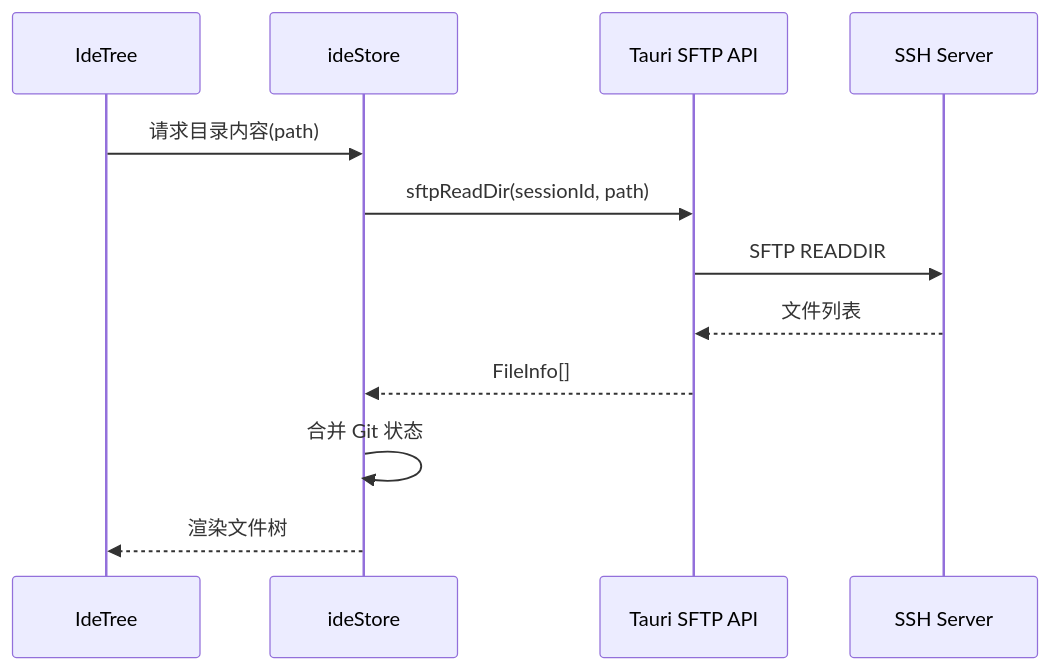
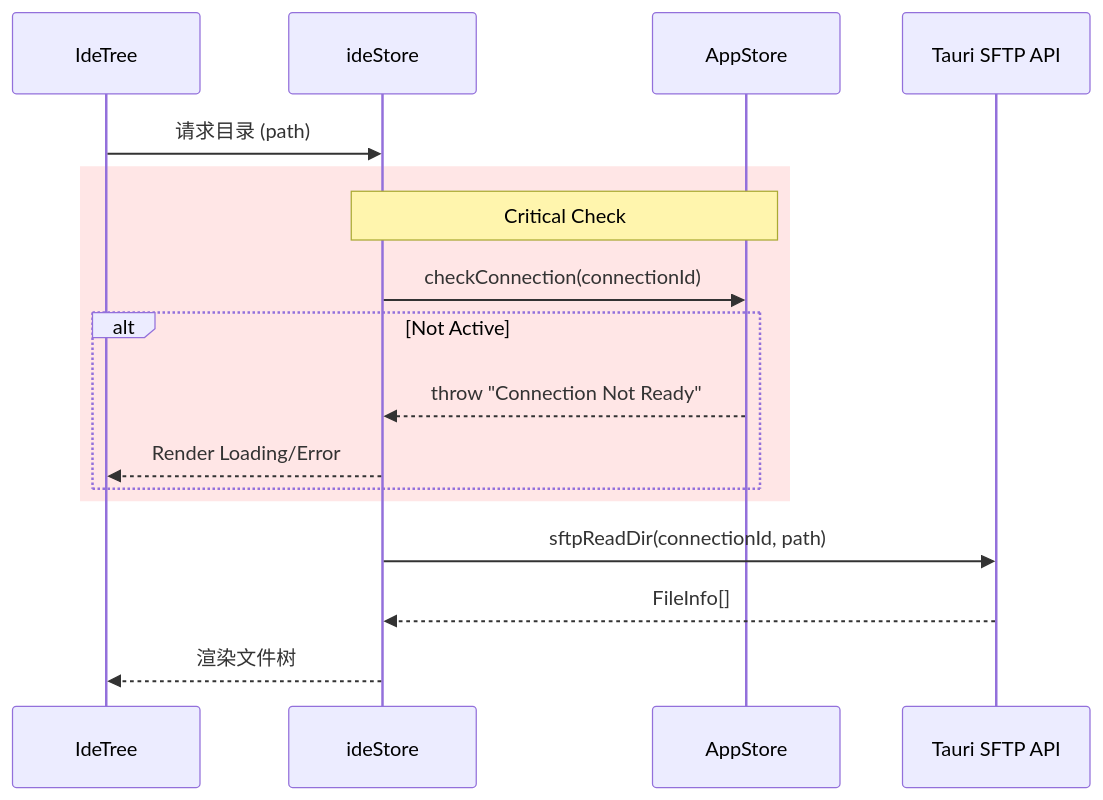
The fifth of 18 diagrams in docs/ARCHITECTURE.md (AnalyseDeCircuit/OxideTerm), drawn with Mermaid before and after one commit. The commit also changed other lines of this file and 21 other files, not shown here.

````diff
--- a/docs/ARCHITECTURE.md
+++ b/docs/ARCHITECTURE.md
@@ -541,15 +533,22 @@
 ```mermaid
 sequenceDiagram
     participant Tree as IdeTree
     participant Store as ideStore
+    participant App as AppStore
     participant API as Tauri SFTP API
-    participant SSH as SSH Server
 
-    Tree->>Store: 请求目录内容(path)
-    Store->>API: sftpReadDir(sessionId, path)
-    API->>SSH: SFTP READDIR
-    SSH-->>API: 文件列表
+    Tree->>Store: 请求目录 (path)
+    
+    rect rgb(255, 230, 230)
+        Note over Store, App: Critical Check
+        Store->>App: checkConnection(connectionId)
+        alt Not Active
+            App-->>Store: throw "Connection Not Ready"
+            Store-->>Tree: Render Loading/Error
+        end
+    end
+
+    Store->>API: sftpReadDir(connectionId, path)
     API-->>Store: FileInfo[]
-    Store->>Store: 合并 Git 状态
     Store-->>Tree: 渲染文件树
 ```
````
